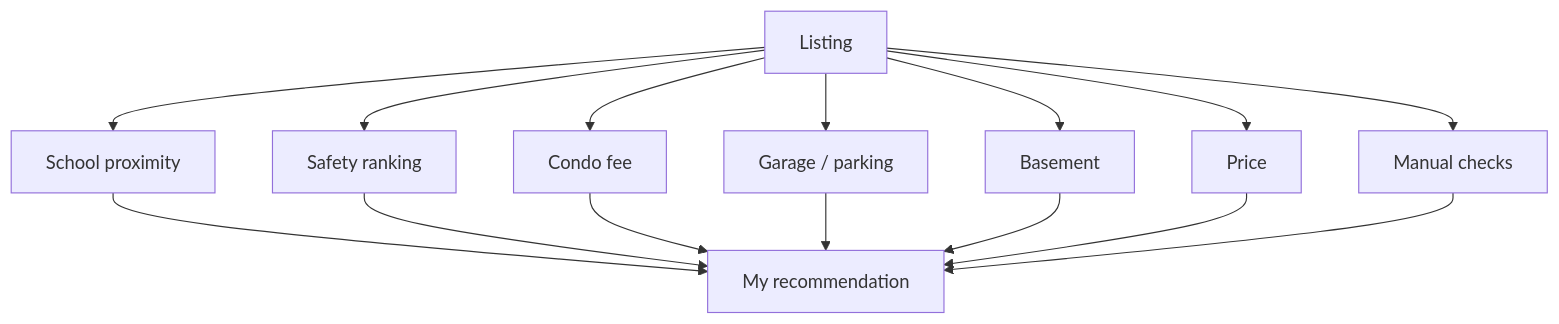
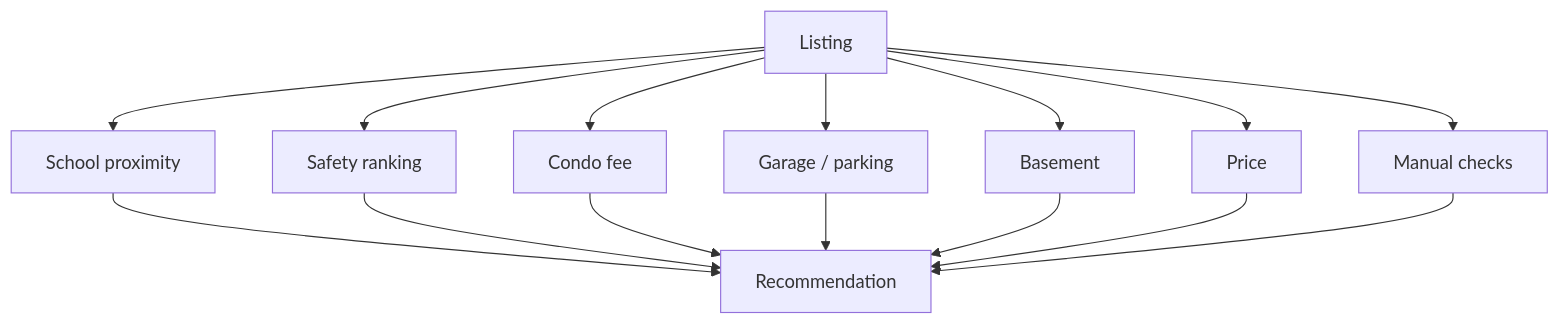
The sixth of 8 diagrams in documentation.md (dsam05/Ottawa_Students_HomeHunter), drawn with Mermaid before and after one commit. The commit also changed other lines of this file and 2 other files, not shown here.

````diff
--- a/documentation.md
+++ b/documentation.md
@@ -395,18 +395,18 @@
 ```mermaid
 flowchart TD
     A["Listing"] --> B["School proximity"]
     A --> C["Safety ranking"]
     A --> D["Condo fee"]
     A --> E["Garage / parking"]
     A --> F["Basement"]
     A --> G["Price"]
     A --> H["Manual checks"]
 
-    B --> R["My recommendation"]
+    B --> R["Recommendation"]
     C --> R
     D --> R
     E --> R
     F --> R
     G --> R
     H --> R
 ```
````
